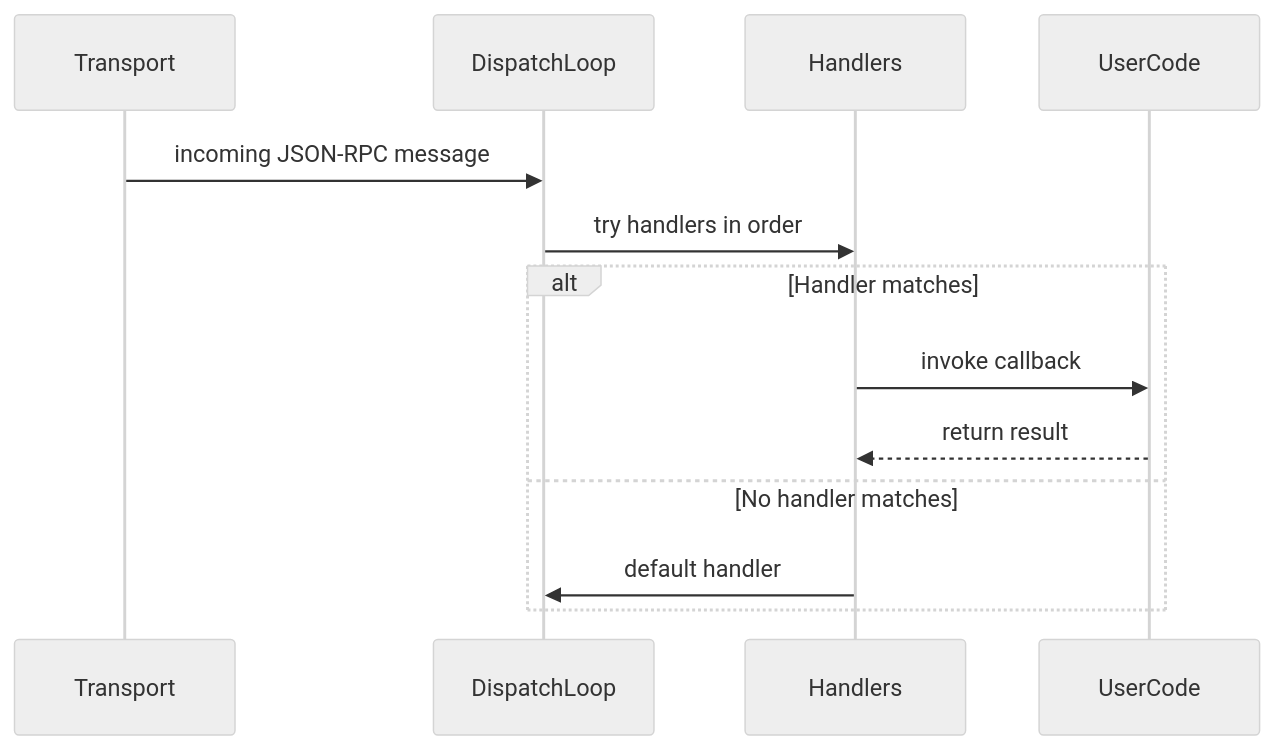
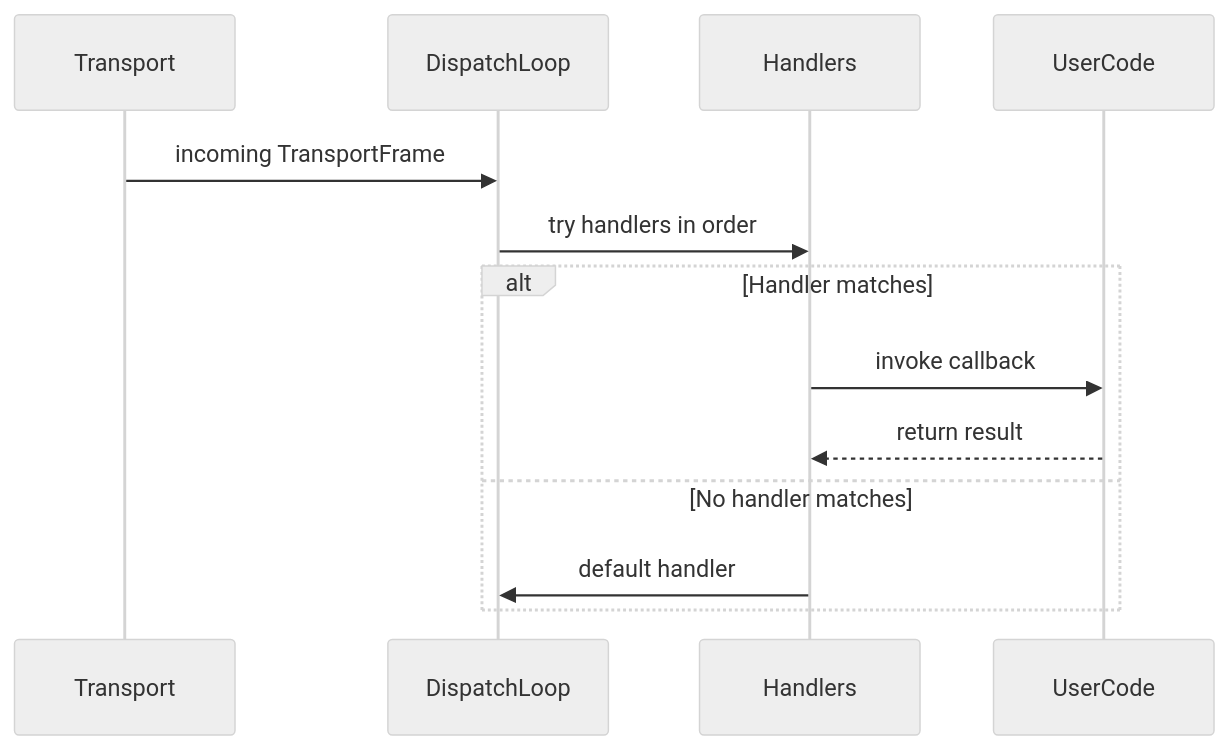
Before and after one commit to agentclientprotocol/rust-sdk: the third of 5 diagrams in md/design.md, drawn with Mermaid (neutral theme). The commit also changed other lines of this file and 56 other files, not shown here.

````diff
--- a/md/design.md
+++ b/md/design.md
@@ -85,17 +83,17 @@
 ```mermaid
 sequenceDiagram
     participant Transport
     participant DispatchLoop
     participant Handlers
     participant UserCode
 
-    Transport->>DispatchLoop: incoming JSON-RPC message
+    Transport->>DispatchLoop: incoming TransportFrame
     DispatchLoop->>Handlers: try handlers in order
 
     alt Handler matches
         Handlers->>UserCode: invoke callback
         UserCode-->>Handlers: return result
     else No handler matches
         Handlers->>DispatchLoop: default handler
     end
 ```
````
